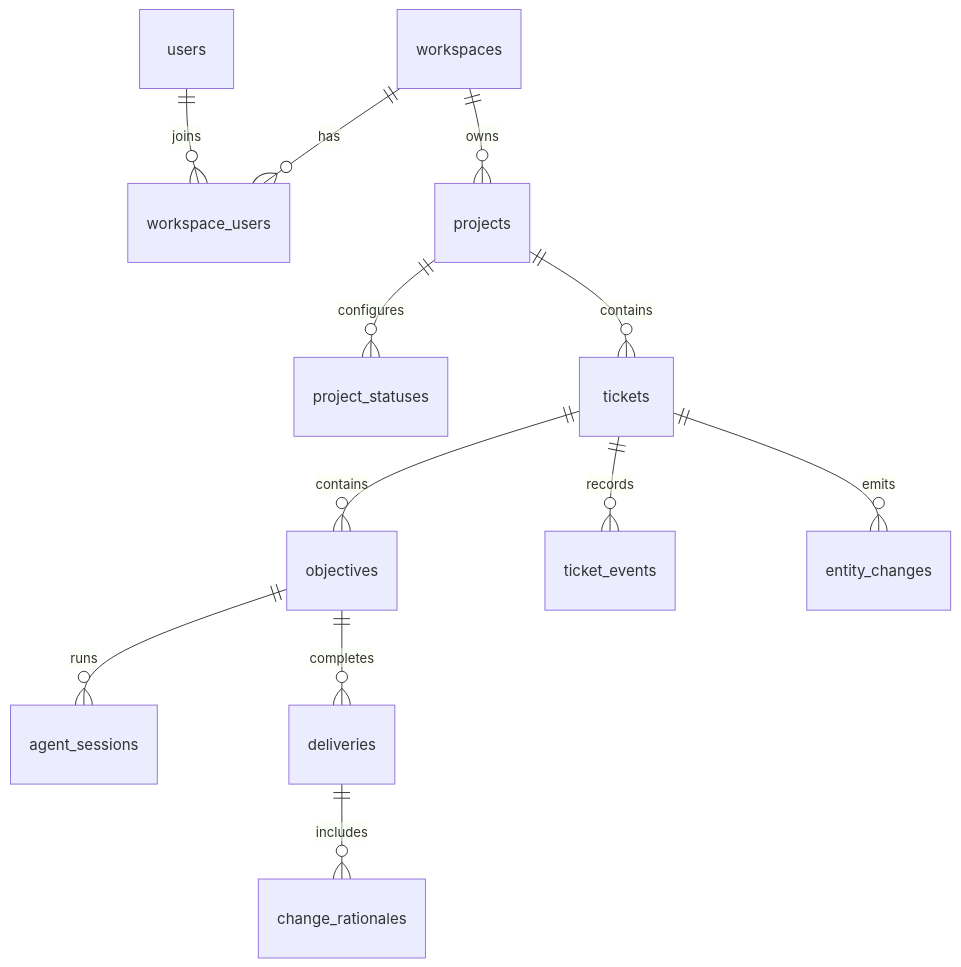
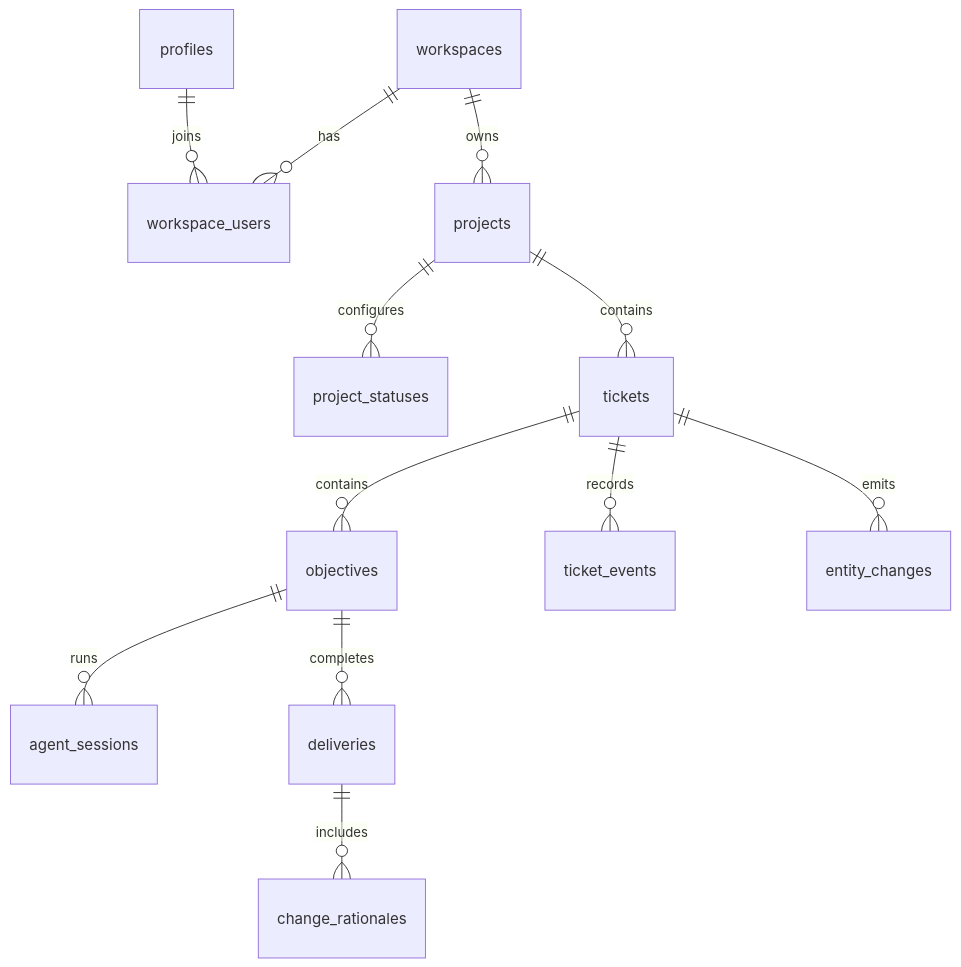
One commit to cooperativ-labs/OpenOverlord changed the diagram in database/docs/09-database-schema-contract.md. Above: the diagram before and after it, drawn with Mermaid. The commit also changed other lines of this file and 91 other files, not shown here.

````diff
--- a/database/docs/09-database-schema-contract.md
+++ b/database/docs/09-database-schema-contract.md
@@ -1581,14 +1578,14 @@
 ```mermaid
 erDiagram
   workspaces ||--o{ workspace_users : has
-  users ||--o{ workspace_users : joins
+  profiles ||--o{ workspace_users : joins
   workspaces ||--o{ projects : owns
   projects ||--o{ project_statuses : configures
   projects ||--o{ tickets : contains
   tickets ||--o{ objectives : contains
   objectives ||--o{ agent_sessions : runs
   tickets ||--o{ ticket_events : records
   objectives ||--o{ deliveries : completes
   deliveries ||--o{ change_rationales : includes
   tickets ||--o{ entity_changes : emits
 ```
````
